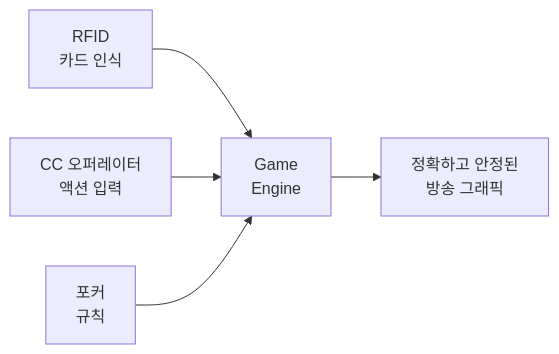
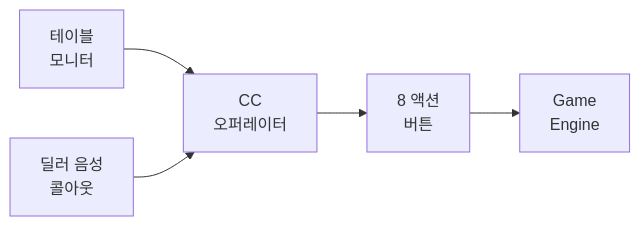
Before and after one commit to garimto81/ebs_github: the first of 10 diagrams in docs/1. Product/Foundation.md, drawn with Mermaid. The commit also changed other lines of this file and 3 other files, not shown here.

````diff
--- a/docs/1. Product/Foundation.md
+++ b/docs/1. Product/Foundation.md
@@ -222,7 +260,7 @@
 ```mermaid
 flowchart LR
-    A[RFID<br/>카드 인식] --> D[Game<br/>Engine]
-    B[CC 오퍼레이터<br/>액션 입력] --> D
-    C[포커<br/>규칙] --> D
-    D --> E["정확하고 안정된<br/>방송 그래픽"]
+    M["테이블<br/>모니터"] --> Op["CC<br/>오퍼레이터"]
+    D["딜러 음성<br/>콜아웃"] --> Op
+    Op --> Btn["8 액션<br/>버튼"]
+    Btn --> Eng["Game<br/>Engine"]
 ```
````
